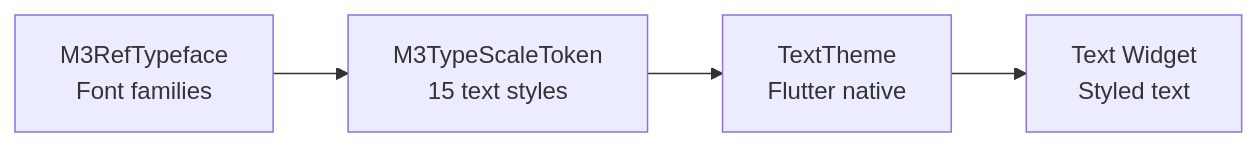
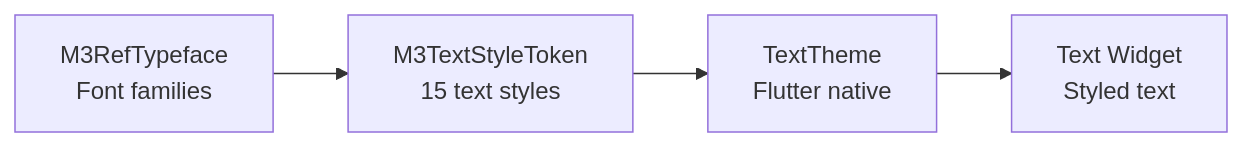
One commit to fluttely/material_design changed the third of 5 diagrams in documentation/material_design/pt_BR/maps/Token Map.md. Above: the diagram before and after it, drawn with Mermaid. The commit also changed other lines of this file and 22 other files, not shown here.

````diff
--- a/documentation/material_design/pt_BR/maps/Token Map.md
+++ b/documentation/material_design/pt_BR/maps/Token Map.md
@@ -272,6 +272,6 @@
 ```mermaid
 graph LR
-    A[M3RefTypeface<br/>Font families] --> B[M3TypeScaleToken<br/>15 text styles]
+    A[M3RefTypeface<br/>Font families] --> B[M3TextStyleToken<br/>15 text styles]
     B --> C[TextTheme<br/>Flutter native]
     C --> D[Text Widget<br/>Styled text]
 ```
````
